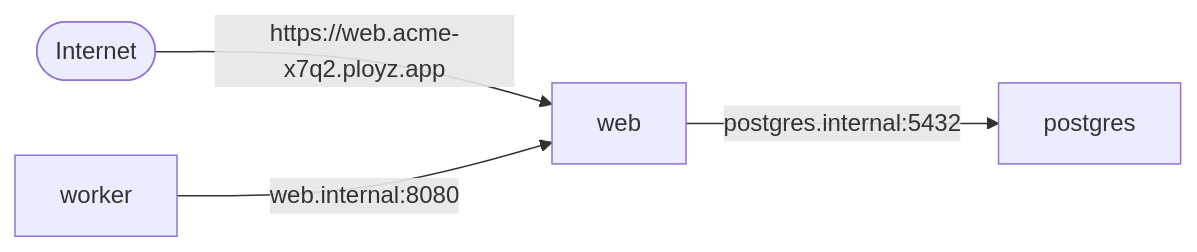
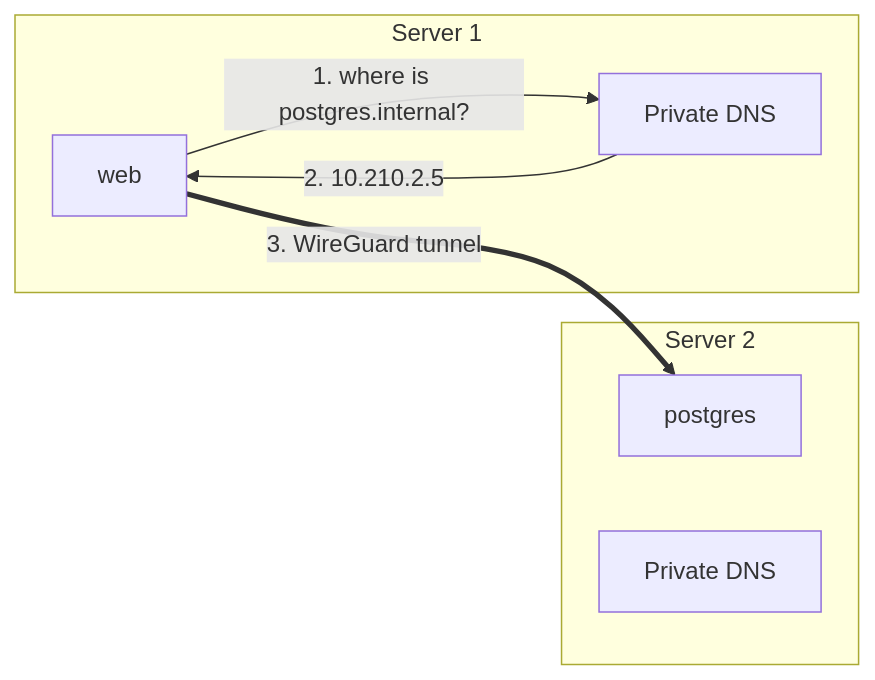
Before and after one commit to getployz/ployz: the diagram in docs/user/services/private-networking.md, drawn with Mermaid. The commit also changed other lines of this file, not shown here.

Commit message:
Docs: explain how private networking works

````diff
--- a/docs/user/services/private-networking.md
+++ b/docs/user/services/private-networking.md
@@ -10,6 +17,14 @@
 ```mermaid
 flowchart LR
-  internet(["Internet"]) -- "https://web.acme-x7q2.ployz.app" --> web
-  web -- "postgres.internal:5432" --> postgres
-  worker -- "web.internal:8080" --> web
+  subgraph s1["Server 1"]
+    web["web"]
+    dns1["Private DNS"]
+  end
+  subgraph s2["Server 2"]
+    postgres["postgres"]
+    dns2["Private DNS"]
+  end
+  web -- "1. where is postgres.internal?" --> dns1
+  dns1 -- "2. 10.210.2.5" --> web
+  web == "3. WireGuard tunnel" ==> postgres
 ```
````
